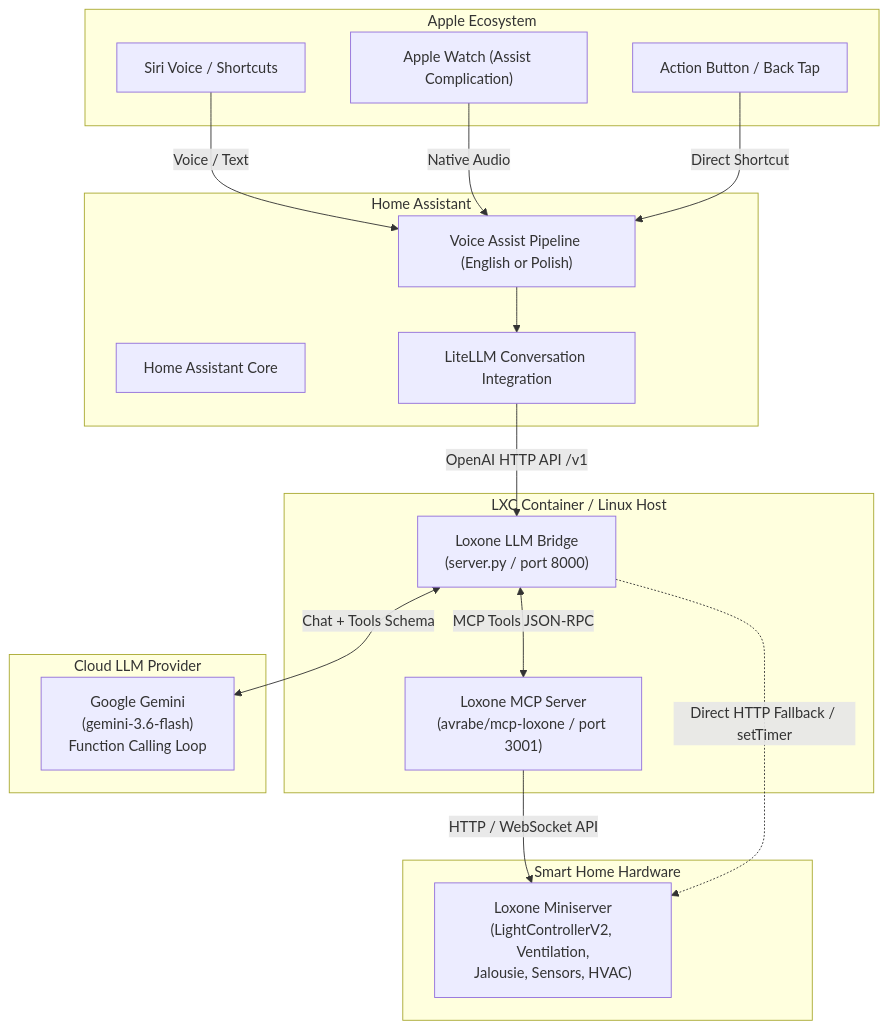
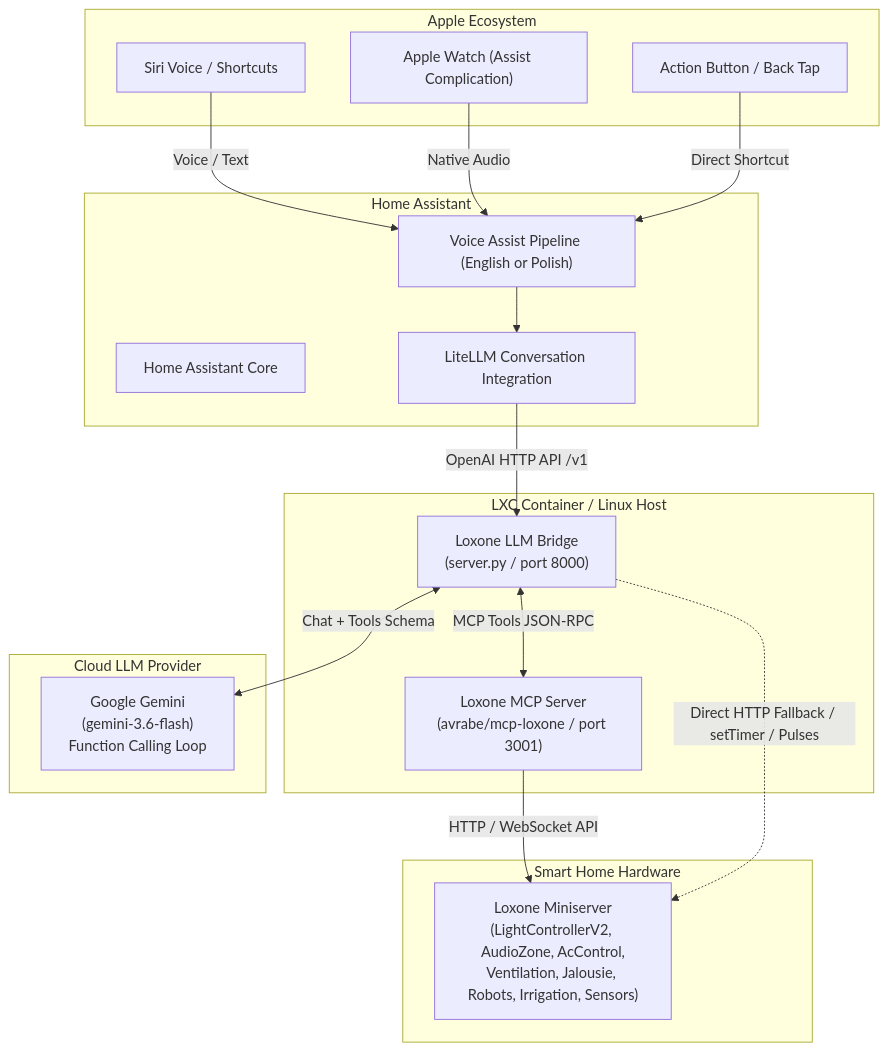
Before and after one commit to cayco/loxone-llm: the diagram in README.md, drawn with Mermaid. The commit also changed other lines of this file and 3 other files, not shown here.

Commit message:
feat: complete coverage of all Loxone devices (Audio, AC, Vacuum/Mop, Irrigation, Windows, Intercom/Gate, Switches)

````diff
--- a/README.md
+++ b/README.md
@@ -16,37 +16,37 @@
 ```mermaid
 flowchart TD
     subgraph AppleEcosystem["Apple Ecosystem"]
         Siri["Siri Voice / Shortcuts"]
         Watch["Apple Watch (Assist Complication)"]
         ActionButton["Action Button / Back Tap"]
     end
 
     subgraph HomeAssistant["Home Assistant"]
         HACore["Home Assistant Core"]
         VoiceAssist["Voice Assist Pipeline (English or Polish)"]
         LiteLLM["LiteLLM Conversation Integration"]
     end
 
     subgraph BridgeHost["LXC Container / Linux Host"]
         Bridge["Loxone LLM Bridge\n(server.py / port 8000)"]
         MCP["Loxone MCP Server\n(avrabe/mcp-loxone / port 3001)"]
     end
 
     subgraph Cloud["Cloud LLM Provider"]
         Gemini["Google Gemini\n(gemini-3.6-flash)\nFunction Calling Loop"]
     end
 
     subgraph SmartHome["Smart Home Hardware"]
-        Miniserver["Loxone Miniserver\n(LightControllerV2, Ventilation,\nJalousie, Sensors, HVAC)"]
+        Miniserver["Loxone Miniserver\n(LightControllerV2, AudioZone, AcControl,\nVentilation, Jalousie, Robots, Irrigation, Sensors)"]
     end
 
     Siri -->|Voice / Text| VoiceAssist
     Watch -->|Native Audio| VoiceAssist
     ActionButton -->|Direct Shortcut| VoiceAssist
     VoiceAssist --> LiteLLM
     LiteLLM -->|OpenAI HTTP API /v1| Bridge
     Bridge <-->|Chat + Tools Schema| Gemini
     Bridge <-->|MCP Tools JSON-RPC| MCP
     MCP -->|HTTP / WebSocket API| Miniserver
-    Bridge -.->|Direct HTTP Fallback / setTimer| Miniserver
+    Bridge -.->|Direct HTTP Fallback / setTimer / Pulses| Miniserver
 ```
````
